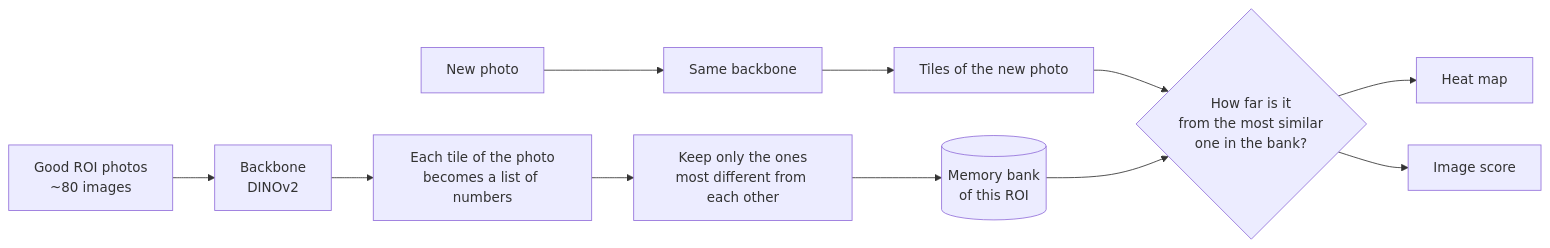
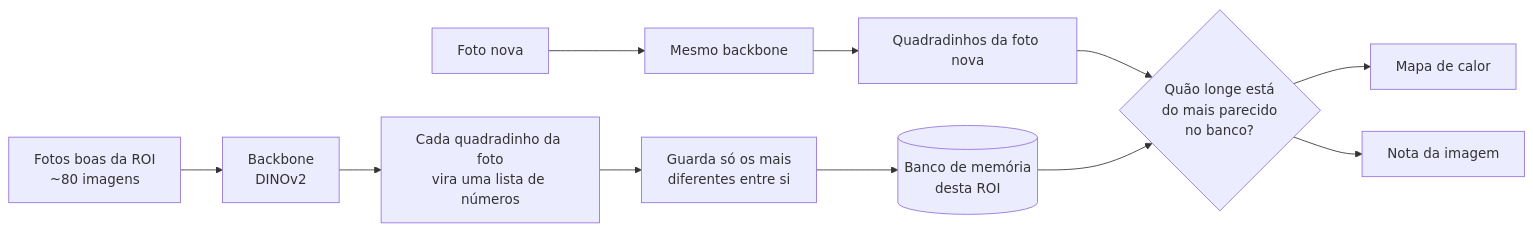
Before and after one commit to andreifagds/pcb-solder-anomaly-detection: the first of 2 diagrams in README.md, drawn with Mermaid. The commit also changed other lines of this file and 26 other files, not shown here.

````diff
--- a/README.md
+++ b/README.md
@@ -162,12 +162,12 @@
 ```mermaid
 flowchart LR
-    A[Good ROI photos<br/>~80 images] --> B[Backbone<br/>DINOv2]
-    B --> C[Each tile of the photo<br/>becomes a list of numbers]
-    C --> D[Keep only the ones<br/>most different from each other]
-    D --> E[(Memory bank<br/>of this ROI)]
-    F[New photo] --> B2[Same backbone] --> G[Tiles of the new photo]
-    G --> H{How far is it<br/>from the most similar<br/>one in the bank?}
+    A[Fotos boas da ROI<br/>~80 imagens] --> B[Backbone<br/>DINOv2]
+    B --> C[Cada quadradinho da foto<br/>vira uma lista de números]
+    C --> D[Guarda só os mais<br/>diferentes entre si]
+    D --> E[(Banco de memória<br/>desta ROI)]
+    F[Foto nova] --> B2[Mesmo backbone] --> G[Quadradinhos da foto nova]
+    G --> H{Quão longe está<br/>do mais parecido<br/>no banco?}
     E --> H
-    H --> I[Heat map]
-    H --> J[Image score]
+    H --> I[Mapa de calor]
+    H --> J[Nota da imagem]
 ```
````
